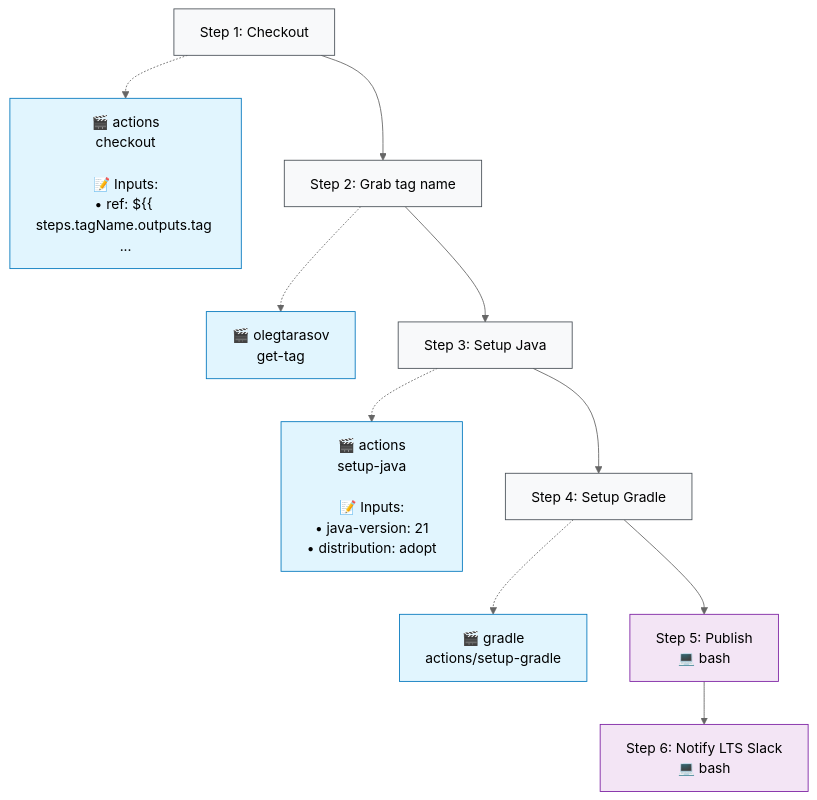
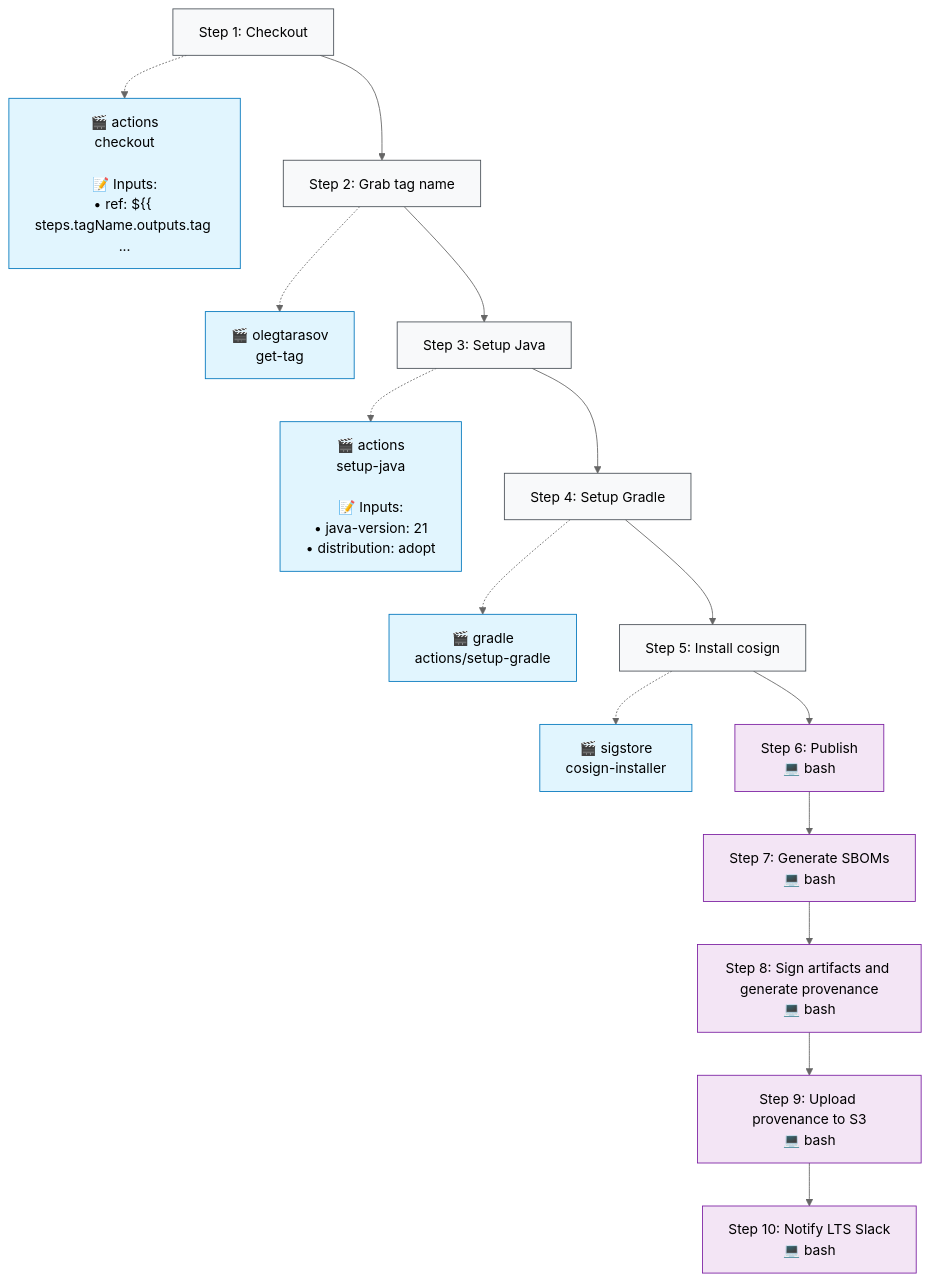
The second of 2 diagrams in .github/typeflows/publish-artifacts/README.md (http4k/http4k), drawn with Mermaid (neutral theme) before and after one commit. The commit also changed 9 other files, not shown here.

````diff
--- a/.github/typeflows/publish-artifacts/README.md
+++ b/.github/typeflows/publish-artifacts/README.md
@@ -22,33 +22,48 @@
 ```mermaid
 %%{init: {"flowchart": {"curve": "basis"}}}%%
 flowchart TD
     step1["Step 1: Checkout"]
     style step1 fill:#f8f9fa,stroke:#495057
     action1["🎬 actions<br/>checkout<br/><br/>📝 Inputs:<br/>• ref: ${{ steps.tagName.outputs.tag ..."]
     style action1 fill:#e1f5fe,stroke:#0277bd
     step1 -.-> action1
     step2["Step 2: Grab tag name"]
     style step2 fill:#f8f9fa,stroke:#495057
     action2["🎬 olegtarasov<br/>get-tag"]
     style action2 fill:#e1f5fe,stroke:#0277bd
     step2 -.-> action2
     step1 --> step2
     step3["Step 3: Setup Java"]
     style step3 fill:#f8f9fa,stroke:#495057
     action3["🎬 actions<br/>setup-java<br/><br/>📝 Inputs:<br/>• java-version: 21<br/>• distribution: adopt"]
     style action3 fill:#e1f5fe,stroke:#0277bd
     step3 -.-> action3
     step2 --> step3
     step4["Step 4: Setup Gradle"]
     style step4 fill:#f8f9fa,stroke:#495057
     action4["🎬 gradle<br/>actions/setup-gradle"]
     style action4 fill:#e1f5fe,stroke:#0277bd
     step4 -.-> action4
     step3 --> step4
-    step5["Step 5: Publish<br/>💻 bash"]
-    style step5 fill:#f3e5f5,stroke:#7b1fa2
+    step5["Step 5: Install cosign"]
+    style step5 fill:#f8f9fa,stroke:#495057
+    action5["🎬 sigstore<br/>cosign-installer"]
+    style action5 fill:#e1f5fe,stroke:#0277bd
+    step5 -.-> action5
     step4 --> step5
-    step6["Step 6: Notify LTS Slack<br/>💻 bash"]
+    step6["Step 6: Publish<br/>💻 bash"]
     style step6 fill:#f3e5f5,stroke:#7b1fa2
     step5 --> step6
+    step7["Step 7: Generate SBOMs<br/>💻 bash"]
+    style step7 fill:#f3e5f5,stroke:#7b1fa2
+    step6 --> step7
+    step8["Step 8: Sign artifacts and generate provenance<br/>💻 bash"]
+    style step8 fill:#f3e5f5,stroke:#7b1fa2
+    step7 --> step8
+    step9["Step 9: Upload provenance to S3<br/>💻 bash"]
+    style step9 fill:#f3e5f5,stroke:#7b1fa2
+    step8 --> step9
+    step10["Step 10: Notify LTS Slack<br/>💻 bash"]
+    style step10 fill:#f3e5f5,stroke:#7b1fa2
+    step9 --> step10
 ```
````
